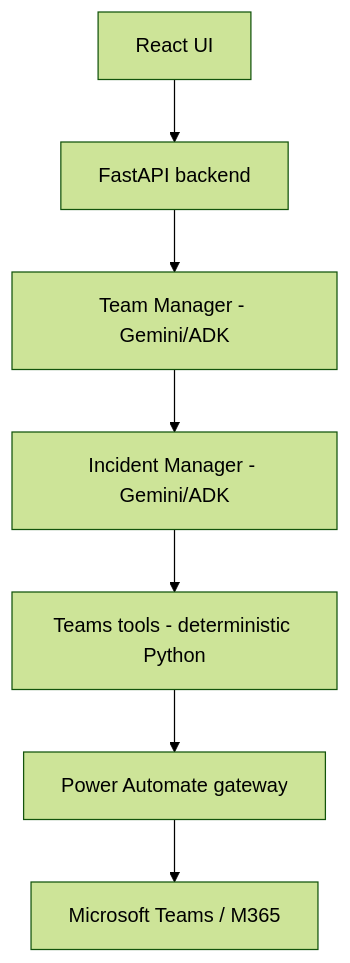
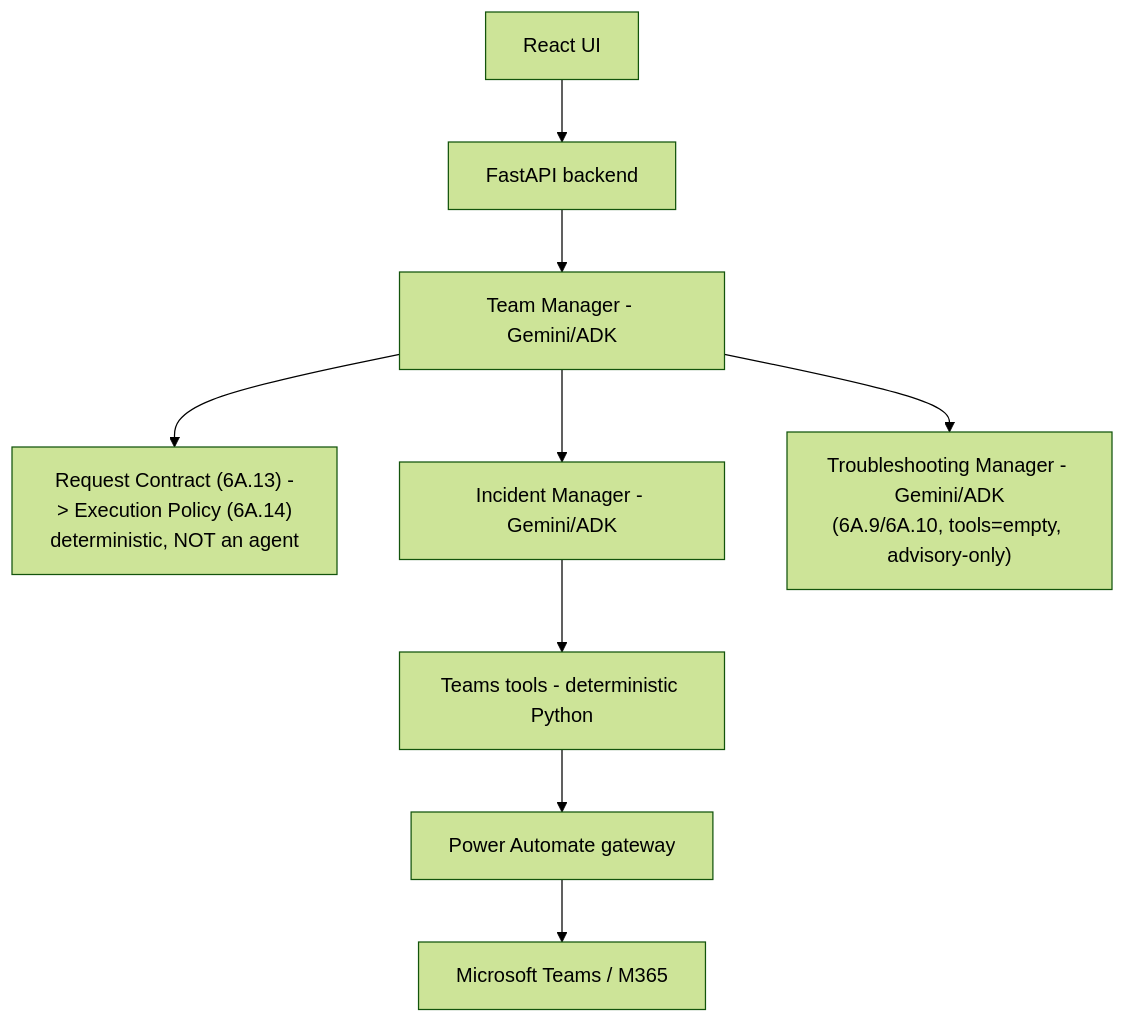
One commit to drak0niii/SLOPANOC changed the first of 4 diagrams in README.md. Above: the diagram before and after it, drawn with Mermaid (forest theme). The commit also changed other lines of this file and 206 other files, not shown here.

````diff
--- a/README.md
+++ b/README.md
@@ -126,9 +141,11 @@
 ```mermaid
 flowchart TD
     UI[React UI] --> API[FastAPI backend]
     API --> TM[Team Manager - Gemini/ADK]
+    TM --> RC["Request Contract (6A.13) -> Execution Policy (6A.14)<br/>deterministic, NOT an agent"]
     TM --> IM[Incident Manager - Gemini/ADK]
+    TM --> TSM["Troubleshooting Manager - Gemini/ADK<br/>(6A.9/6A.10, tools=empty, advisory-only)"]
     IM --> TOOLS[Teams tools - deterministic Python]
     TOOLS --> PA[Power Automate gateway]
     PA --> M365[Microsoft Teams / M365]
 ```
````
